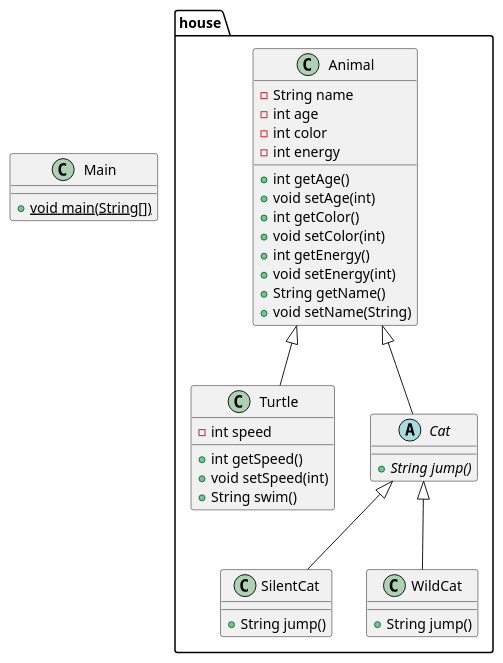
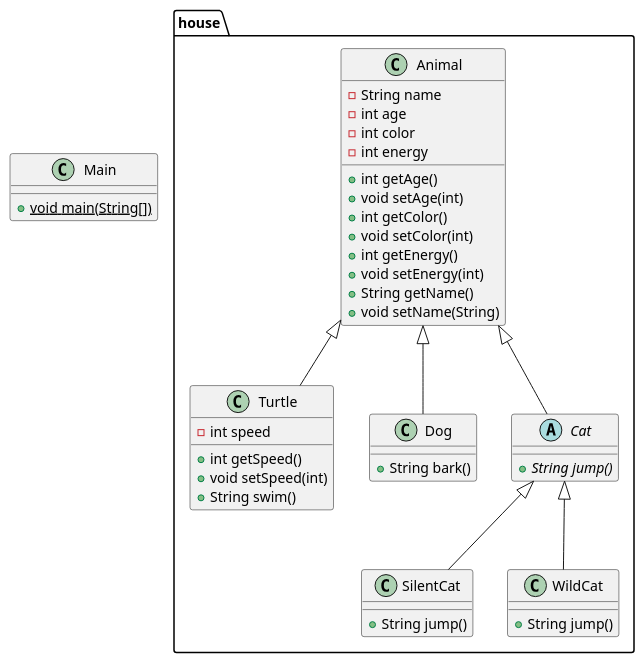
One commit to davinci-as/23.2_poo changed the diagram in clase_08/class_diagram.puml. Above: the diagram before and after it, drawn with PlantUML. The commit also changed 1 other file, not shown here.

Commit message:
docs: update diagram class

```diff
--- a/clase_08/class_diagram.puml
+++ b/clase_08/class_diagram.puml
@@ -1,40 +1,44 @@
 @startuml
+class Main {
++ {static} void main(String[])
+}
+class house.SilentCat {
++ String jump()
+}
 class house.Turtle {
 - int speed
 + int getSpeed()
 + void setSpeed(int)
 + String swim()
 }
-class house.SilentCat {
-+ String jump()
-}
-abstract class house.Cat {
-+ {abstract}String jump()
-}
-class Main {
-+ {static} void main(String[])
+class house.Dog {
++ String bark()
 }
 class house.WildCat {
 + String jump()
 }
 class house.Animal {
 - String name
 - int age
 - int color
 - int energy
 + int getAge()
 + void setAge(int)
 + int getColor()
 + void setColor(int)
 + int getEnergy()
 + void setEnergy(int)
 + String getName()
 + void setName(String)
 }
+abstract class house.Cat {
++ {abstract}String jump()
+}
 
 
+house.Cat <|-- house.SilentCat
 house.Animal <|-- house.Turtle
-house.Cat <|-- house.SilentCat
+house.Animal <|-- house.Dog
+house.Cat <|-- house.WildCat
 house.Animal <|-- house.Cat
-house.Cat <|-- house.WildCat
 @enduml
```
